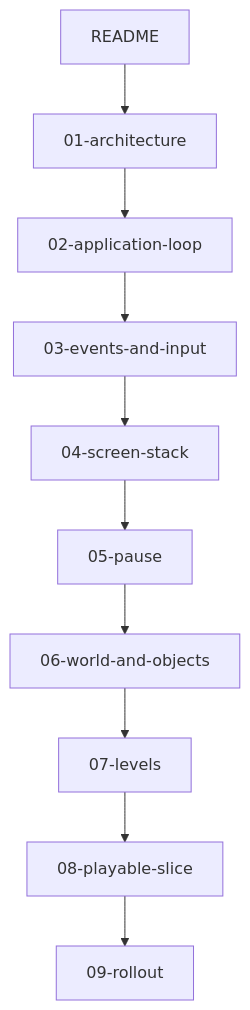
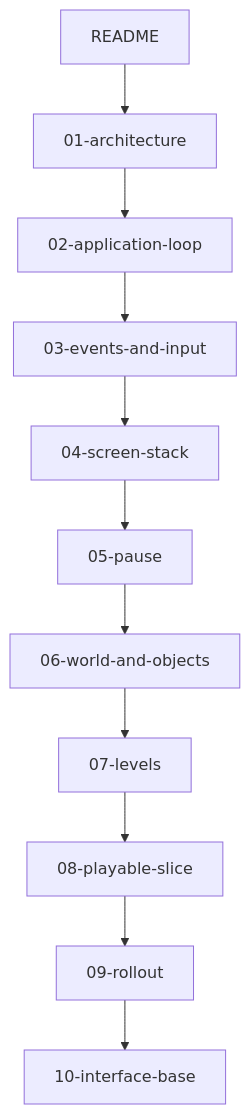
The first of 2 diagrams in mvp/README.md (kblaszki/business-game), drawn with Mermaid before and after one commit. The commit also changed other lines of this file and 3 other files, not shown here.

Commit message:
Record the FooI interface-base target so later waves share WindowI and EntityI names.

````diff
--- a/mvp/README.md
+++ b/mvp/README.md
@@ -38,22 +40,24 @@
 ```mermaid
 flowchart TD
   Readme[README]
   Arch[01-architecture]
   Loop[02-application-loop]
   Input[03-events-and-input]
   Stack[04-screen-stack]
   Pause[05-pause]
   World[06-world-and-objects]
   Levels[07-levels]
   Slice[08-playable-slice]
   Rollout[09-rollout]
+  Base10[10-interface-base]
   Readme --> Arch
   Arch --> Loop
   Loop --> Input
   Input --> Stack
   Stack --> Pause
   Pause --> World
   World --> Levels
   Levels --> Slice
   Slice --> Rollout
+  Rollout --> Base10
 ```
````
